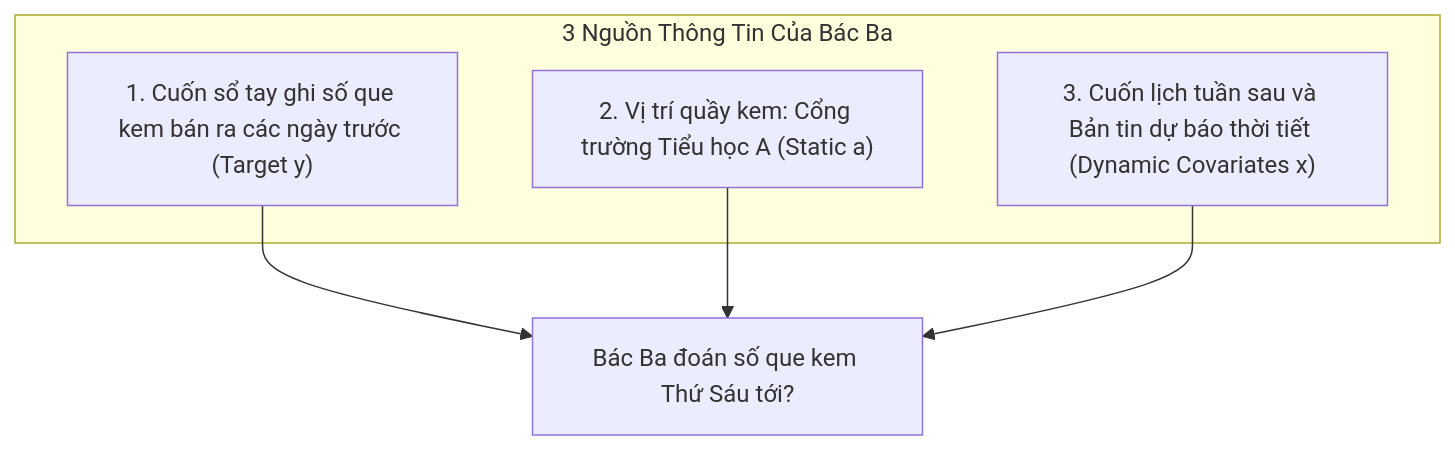
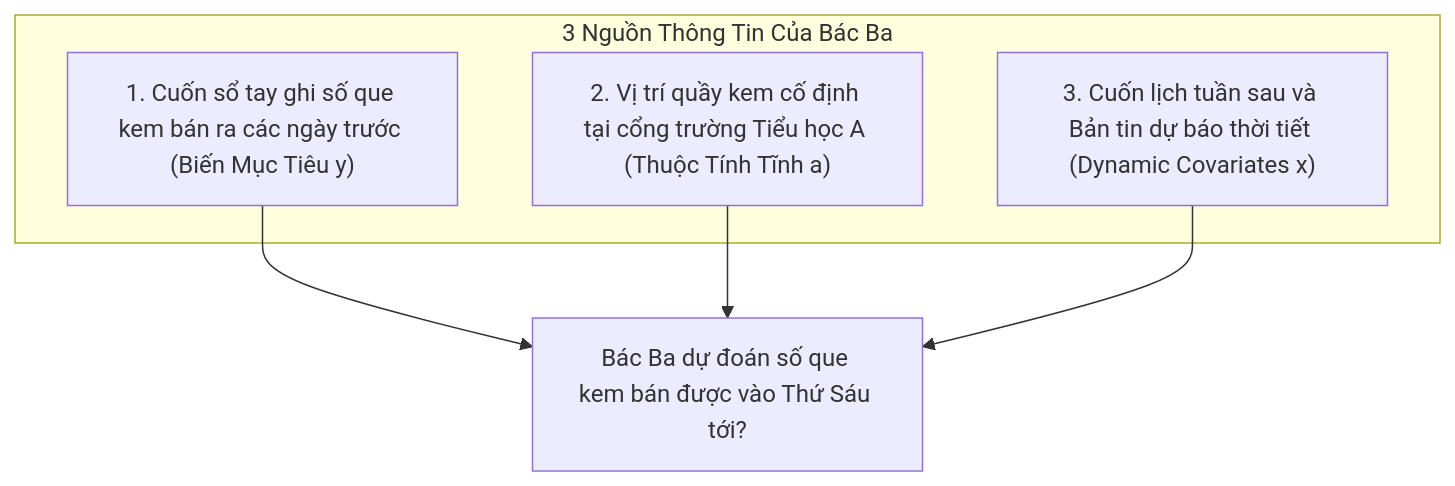
One commit to snowflake-vibing/Project-Experimental-TiDE changed the first of 3 diagrams in glossary/dynamic_covariates.md. Above: the diagram before and after it, drawn with Mermaid. The commit also changed other lines of this file and 4 other files, not shown here.

Commit message:
docs: add glossary/RULE.md, ensure 100% accented Vietnamese in all Mermaid diagrams and Feynman glossary

````diff
--- a/glossary/dynamic_covariates.md
+++ b/glossary/dynamic_covariates.md
@@ -15,12 +15,12 @@
 ```mermaid
 flowchart TD
     subgraph BanBa ["3 Nguồn Thông Tin Của Bác Ba"]
-        Target["1. Cuốn sổ tay ghi số que kem bán ra các ngày trước (Target y)"]
-        Static["2. Vị trí quầy kem: Cổng trường Tiểu học A (Static a)"]
+        Target["1. Cuốn sổ tay ghi số que kem bán ra các ngày trước (Biến Mục Tiêu y)"]
+        Static["2. Vị trí quầy kem cố định tại cổng trường Tiểu học A (Thuộc Tính Tĩnh a)"]
         Dynamic["3. Cuốn lịch tuần sau và Bản tin dự báo thời tiết (Dynamic Covariates x)"]
     end
 
-    Target --> Question["Bác Ba đoán số que kem Thứ Sáu tới?"]
+    Target --> Question["Bác Ba dự đoán số que kem bán được vào Thứ Sáu tới?"]
     Static --> Question
     Dynamic --> Question
 ```
````
